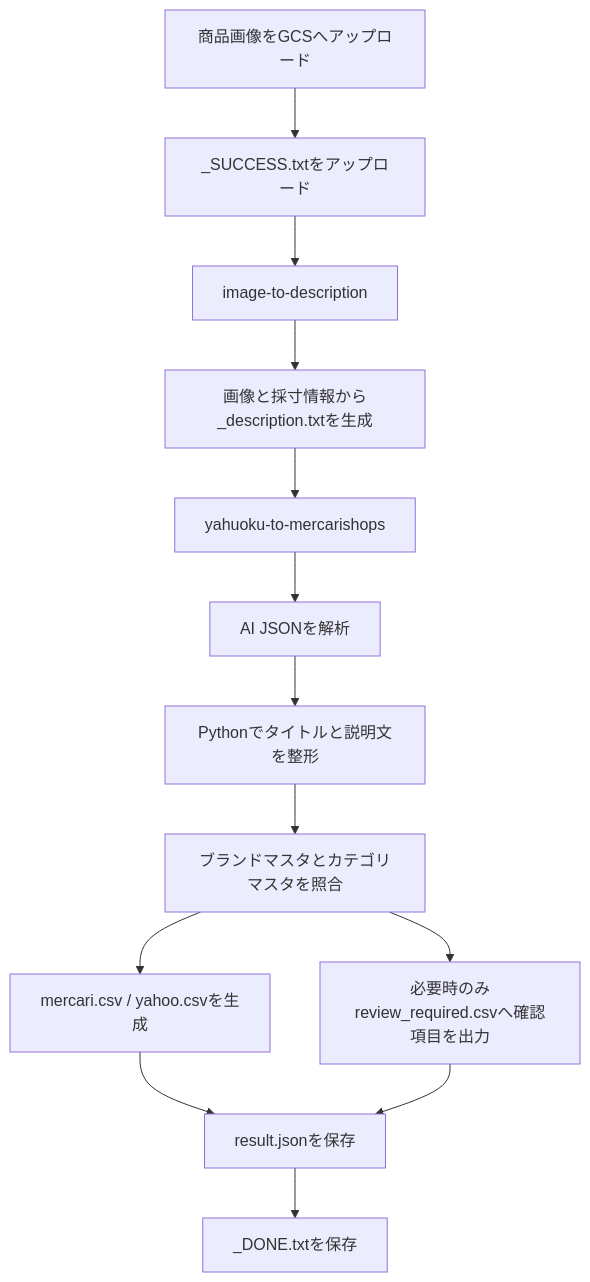
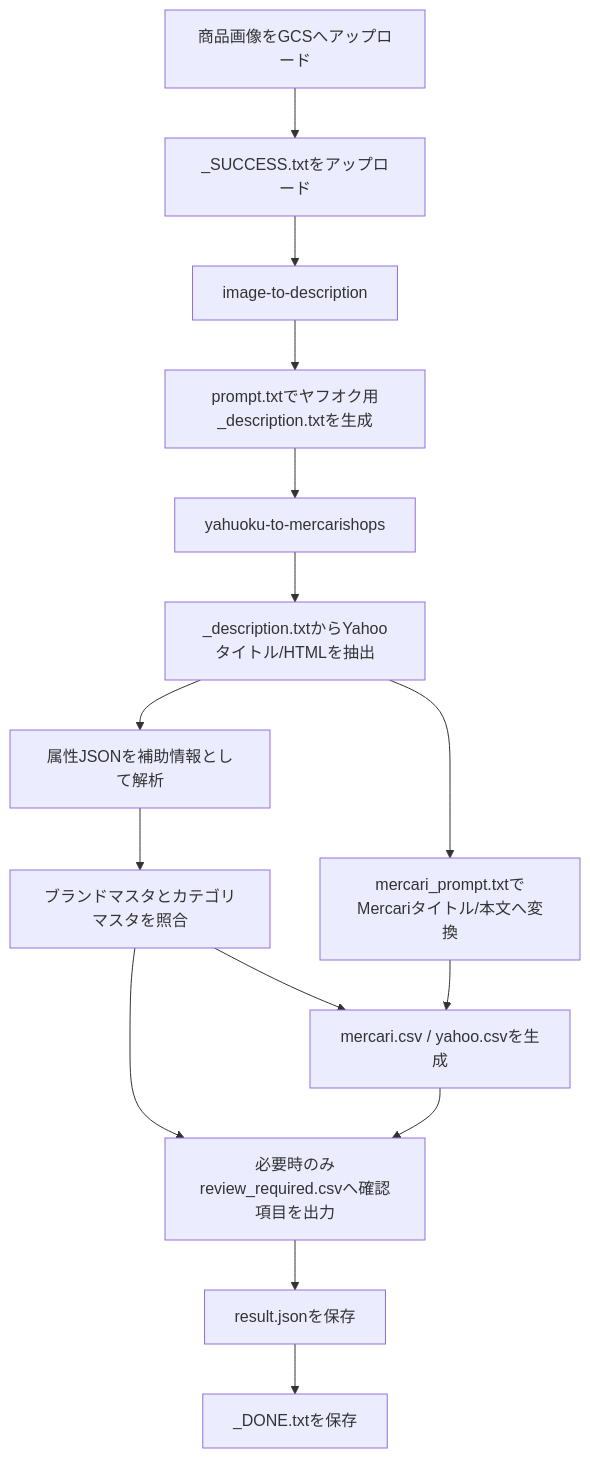
One commit to HIRABAweb/mercari-shops-auto-description changed the diagram in README.md. Above: the diagram before and after it, drawn with Mermaid. The commit also changed other lines of this file and 10 other files, not shown here.

Commit message:
Use Yahoo description as source for CSV content

````diff
--- a/README.md
+++ b/README.md
@@ -71,15 +71,17 @@
 ```mermaid
 flowchart TD
     A[商品画像をGCSへアップロード] --> B[_SUCCESS.txtをアップロード]
     B --> C[image-to-description]
-    C --> D[画像と採寸情報から_description.txtを生成]
+    C --> D[prompt.txtでヤフオク用_description.txtを生成]
     D --> E[yahuoku-to-mercarishops]
-    E --> F[AI JSONを解析]
-    F --> G[Pythonでタイトルと説明文を整形]
-    G --> H[ブランドマスタとカテゴリマスタを照合]
-    H --> I[mercari.csv / yahoo.csvを生成]
-    H --> J[必要時のみreview_required.csvへ確認項目を出力]
-    I --> K[result.jsonを保存]
+    E --> F[_description.txtからYahooタイトル/HTMLを抽出]
+    F --> G[mercari_prompt.txtでMercariタイトル/本文へ変換]
+    F --> H[属性JSONを補助情報として解析]
+    H --> I[ブランドマスタとカテゴリマスタを照合]
+    I --> J[mercari.csv / yahoo.csvを生成]
+    G --> J[mercari.csv / yahoo.csvを生成]
+    I --> K[必要時のみreview_required.csvへ確認項目を出力]
     J --> K
-    K --> L[_DONE.txtを保存]
+    K --> L[result.jsonを保存]
+    L --> M[_DONE.txtを保存]
 ```
````
